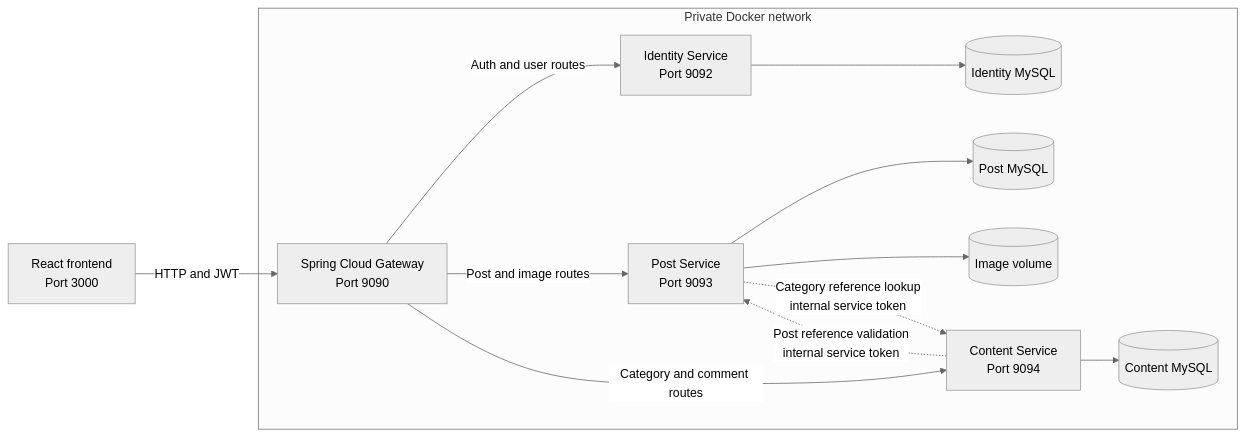
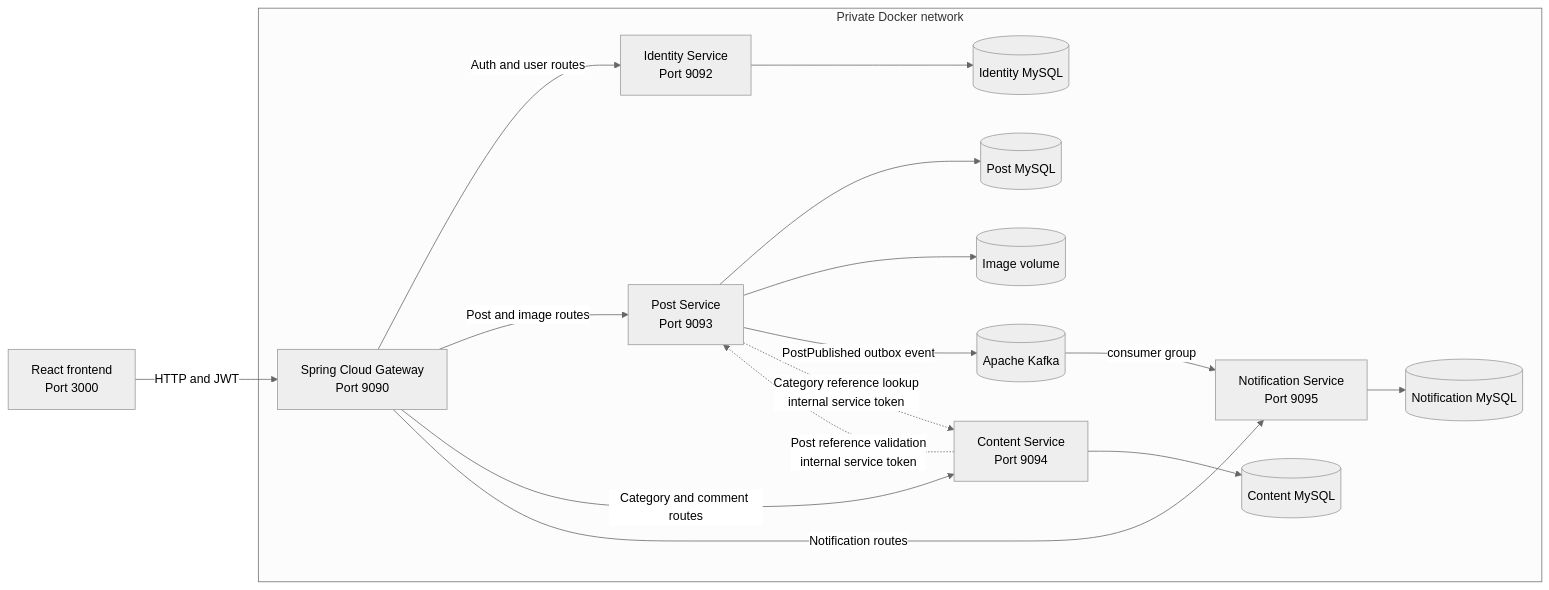
One commit to studywithdanish/microservices-backend changed the first of 2 diagrams in docs/architecture.md. Above: the diagram before and after it, drawn with Mermaid (neutral theme). The commit also changed other lines of this file and 67 other files, not shown here.

Commit message:
Add Kafka event-driven notification workflow

````diff
--- a/docs/architecture.md
+++ b/docs/architecture.md
@@ -7,18 +7,22 @@
 ```mermaid
 flowchart LR
     Browser[React frontend<br/>Port 3000] -->|HTTP and JWT| Gateway[Spring Cloud Gateway<br/>Port 9090]
 
     subgraph Private Docker network
         Gateway -->|Auth and user routes| Identity[Identity Service<br/>Port 9092]
         Gateway -->|Post and image routes| Post[Post Service<br/>Port 9093]
         Gateway -->|Category and comment routes| Content[Content Service<br/>Port 9094]
+        Gateway -->|Notification routes| Notification[Notification Service<br/>Port 9095]
 
         Identity --> IdentityDb[(Identity MySQL)]
         Post --> PostDb[(Post MySQL)]
         Post --> Images[(Image volume)]
         Content --> ContentDb[(Content MySQL)]
+        Notification --> NotificationDb[(Notification MySQL)]
+        Post -->|PostPublished outbox event| Kafka[(Apache Kafka)]
+        Kafka -->|consumer group| Notification
 
         Post -.->|Category reference lookup<br/>internal service token| Content
         Content -.->|Post reference validation<br/>internal service token| Post
     end
 ```
````
